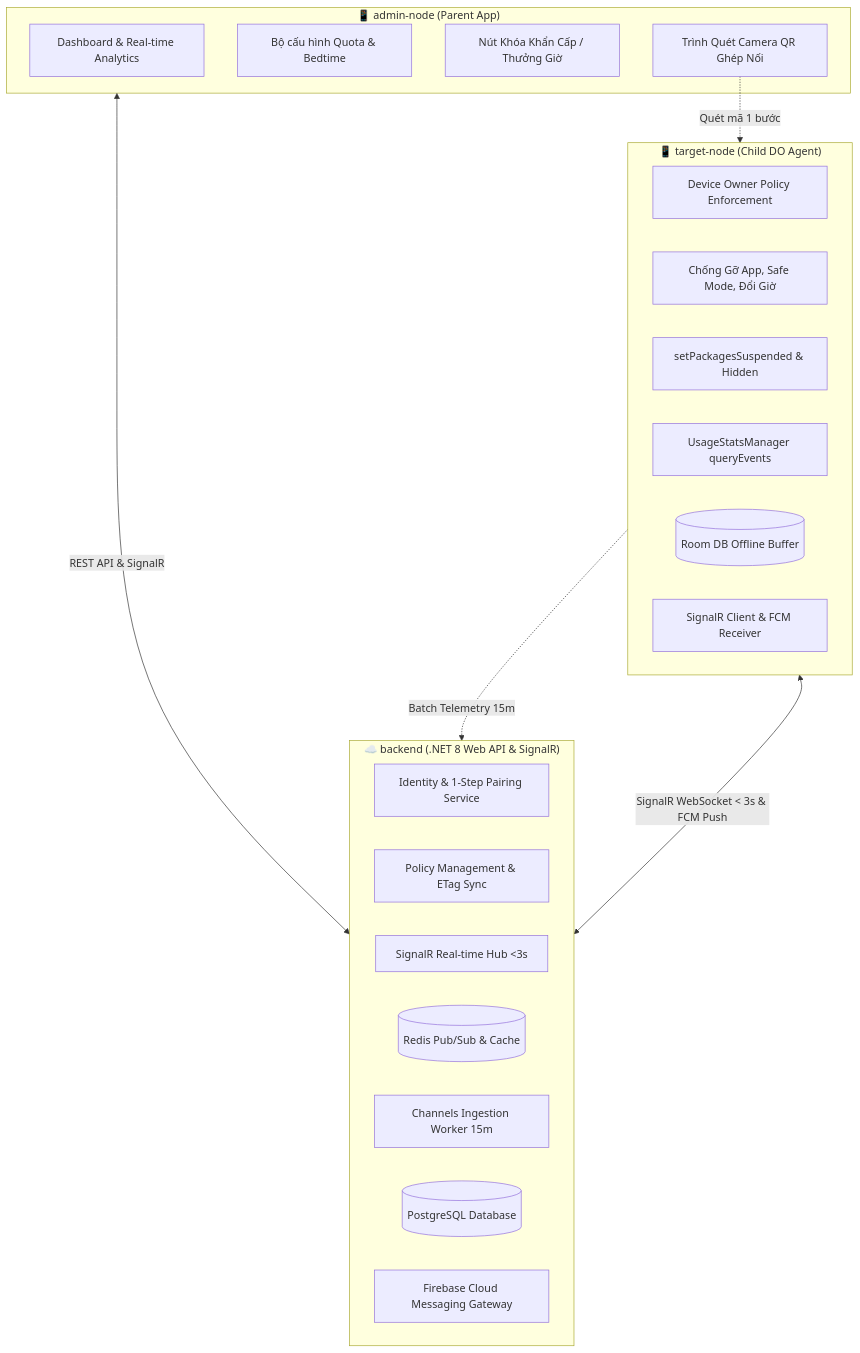
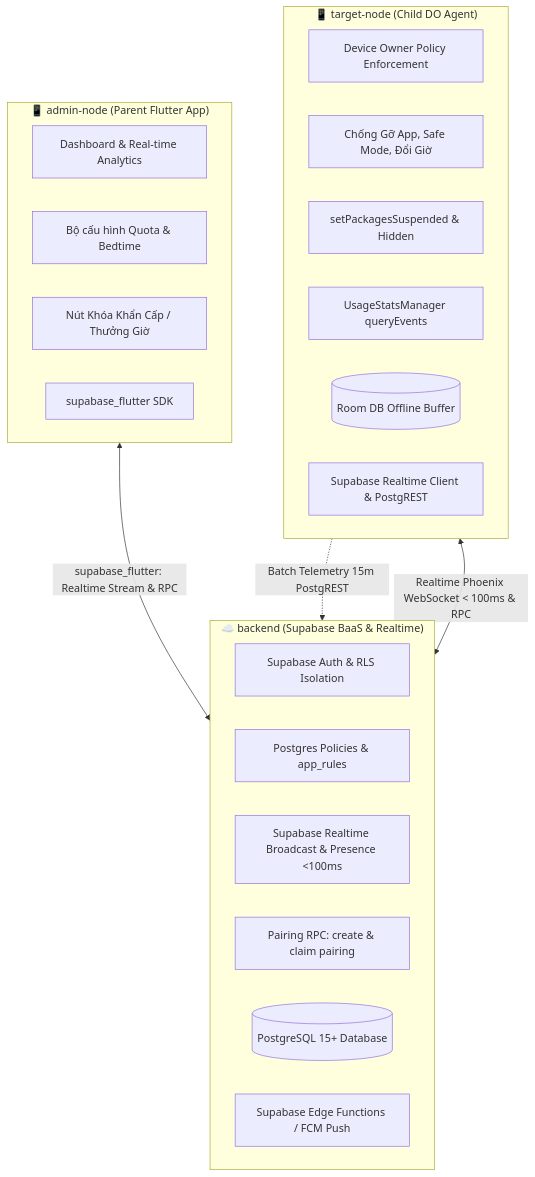
One commit to khuongnv/mdm-parental-control changed the diagram in README.md. Above: the diagram before and after it, drawn with Mermaid. The commit also changed other lines of this file and 19 other files, not shown here.

First line of the commit message:
feat(backend): implement full Supabase BaaS replacement across admin-node and target-node

````diff
--- a/README.md
+++ b/README.md
@@ -18,34 +18,32 @@
 ```mermaid
 flowchart TD
-    subgraph AdminNode ["📱 admin-node (Parent App)"]
+    subgraph AdminNode ["📱 admin-node (Parent Flutter App)"]
         ParentUI[Dashboard & Real-time Analytics]
         RulesUI[Bộ cấu hình Quota & Bedtime]
         PanicBtn[Nút Khóa Khẩn Cấp / Thưởng Giờ]
-        QRScanner[Trình Quét Camera QR Ghép Nối]
+        SupaFlutter[supabase_flutter SDK]
     end
 
-    subgraph Backend ["☁️ backend (.NET 8 Web API & SignalR)"]
-        AuthService[Identity & 1-Step Pairing Service]
-        PolicyEngine[Policy Management & ETag Sync]
-        SignalRHub[SignalR Real-time Hub <3s]
-        RedisBackplane[(Redis Pub/Sub & Cache)]
-        Ingestion[Channels Ingestion Worker 15m]
-        MainDB[(PostgreSQL Database)]
-        FCMService[Firebase Cloud Messaging Gateway]
+    subgraph Backend ["☁️ backend (Supabase BaaS & Realtime)"]
+        AuthService[Supabase Auth & RLS Isolation]
+        PolicyEngine[Postgres Policies & app_rules]
+        RealtimeHub[Supabase Realtime Broadcast & Presence <100ms]
+        RPCService[Pairing RPC: create & claim pairing]
+        MainDB[(PostgreSQL 15+ Database)]
+        FCMService[Supabase Edge Functions / FCM Push]
     end
 
     subgraph TargetNode ["📱 target-node (Child DO Agent)"]
         DPO[Device Owner Policy Enforcement]
         AntiTamper[Chống Gỡ App, Safe Mode, Đổi Giờ]
         NativeSuspension[setPackagesSuspended & Hidden]
         UsageEngine[UsageStatsManager queryEvents]
         LocalRoom[(Room DB Offline Buffer)]
-        SocketClient[SignalR Client & FCM Receiver]
+        SocketClient[Supabase Realtime Client & PostgREST]
     end
 
     %% Communication Flows
-    AdminNode <-->|REST API & SignalR| Backend
-    Backend <-->|SignalR WebSocket < 3s & FCM Push| TargetNode
-    TargetNode -.->|Batch Telemetry 15m| Backend
-    QRScanner -.->|Quét mã 1 bước| TargetNode
+    AdminNode <-->|supabase_flutter: Realtime Stream & RPC| Backend
+    Backend <-->|Realtime Phoenix WebSocket < 100ms & RPC| TargetNode
+    TargetNode -.->|Batch Telemetry 15m PostgREST| Backend
 ```
````
